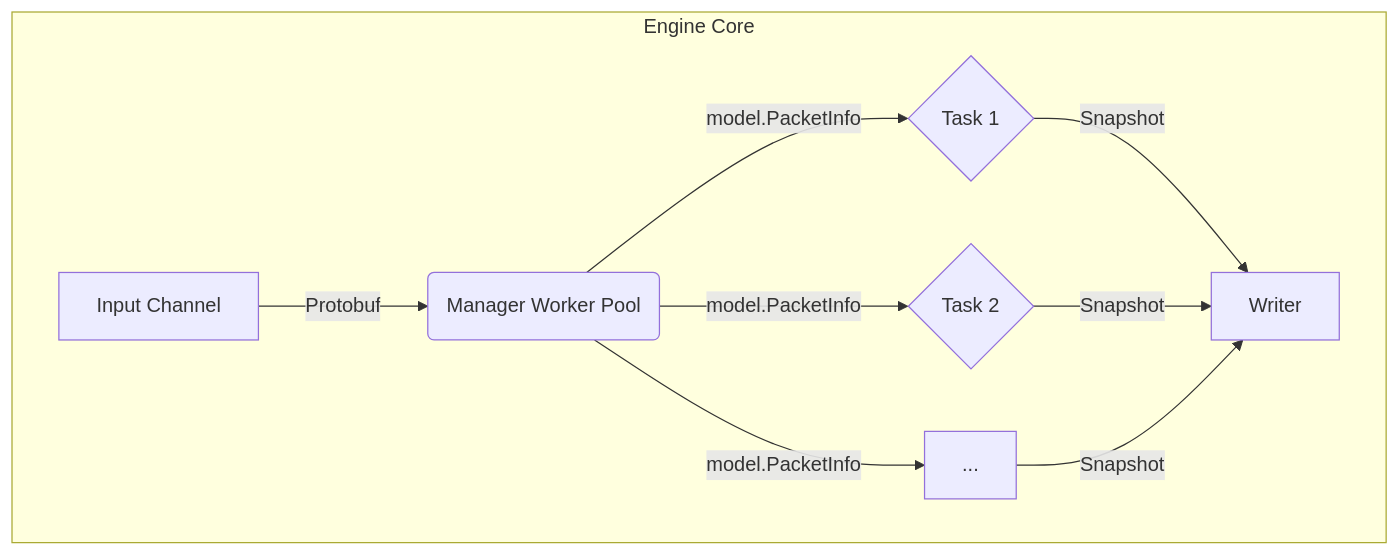
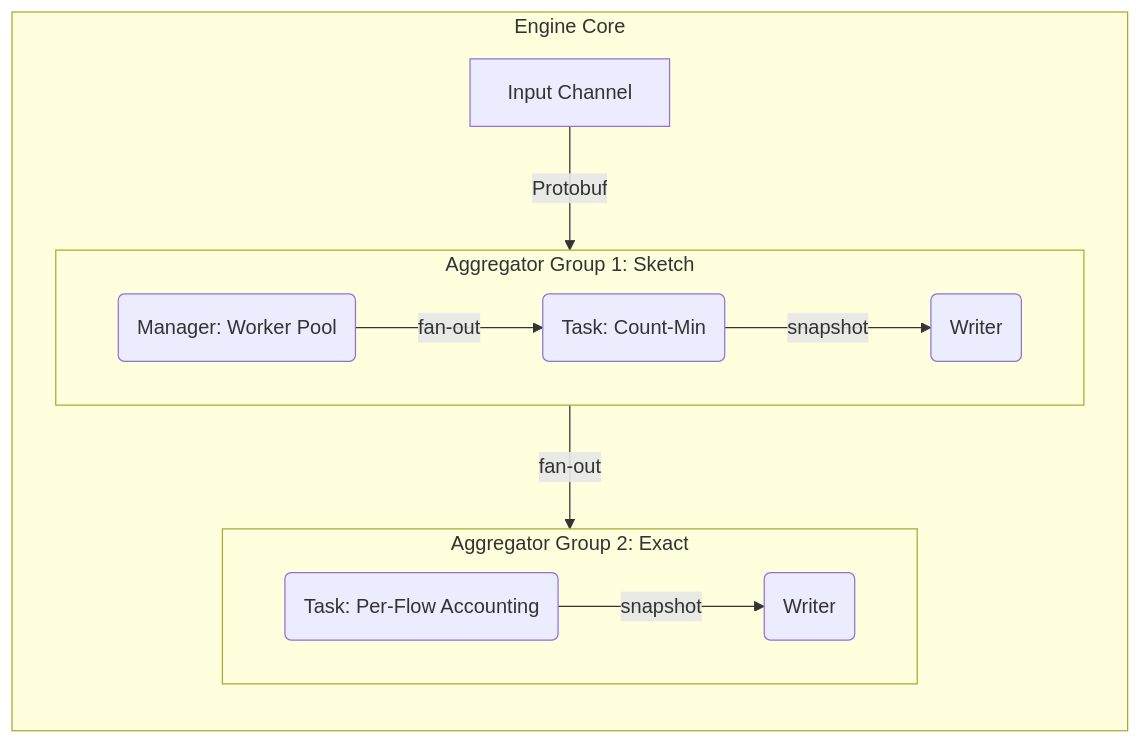
Before and after one commit to Decade-qiu/Go2NetSpectra: the first of 3 diagrams in doc/technology.md, drawn with Mermaid. The commit also changed other lines of this file and 3 other files, not shown here.

Commit message:
:memo: docs: update all documents to reflect latest architecture

````diff
--- a/doc/technology.md
+++ b/doc/technology.md
@@ -33,13 +34,19 @@
 ```mermaid
 graph TD
     subgraph "Engine Core"
-        direction LR
-        A[Input Channel] -- Protobuf --> B(Manager Worker Pool)
-        B -- model.PacketInfo --> C{Task 1}
-        B -- model.PacketInfo --> D{Task 2}
-        B -- model.PacketInfo --> E[...]
-        C -- Snapshot --> F[Writer]
-        D -- Snapshot --> F
-        E -- Snapshot --> F
+        direction TB
+        A[Input Channel] -- Protobuf --> B(Manager: Worker Pool)
+        
+        subgraph "Aggregator Group 1: Sketch"
+            direction LR
+            B -- fan-out --> Task_Sketch1(Task: Count-Min)
+            Task_Sketch1 -- snapshot --> Writer_Sketch(Writer)
+        end
+
+        subgraph "Aggregator Group 2: Exact"
+            direction LR
+            B -- fan-out --> Task_Exact1(Task: Per-Flow Accounting)
+            Task_Exact1 -- snapshot --> Writer_Exact(Writer)
+        end
     end
 ```
````
